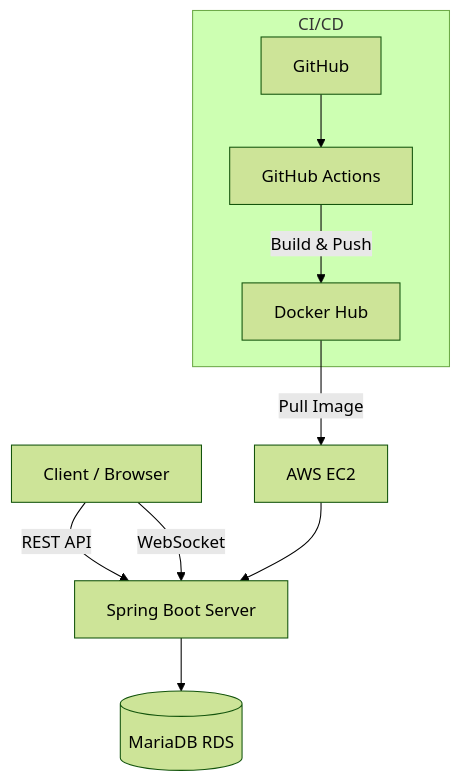
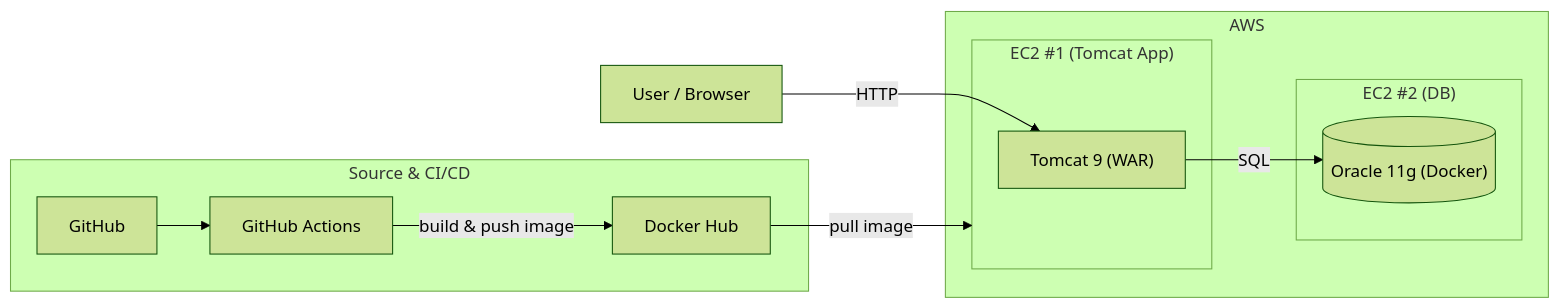
The diagram in README.md (SU-Talk/sutalk-backend), drawn with Mermaid (forest theme) before and after one commit.

````diff
--- a/README.md
+++ b/README.md
@@ -16,21 +16,28 @@
 ```mermaid
-flowchart TD
-    Client[Client / Browser]
-    
-    Client -->|REST API| SpringBoot[Spring Boot Server]
-    Client -->|WebSocket| SpringBoot
+flowchart LR
+  %% Mole PMS Deployment Architecture (clean)
 
-    SpringBoot --> MariaDB[(MariaDB RDS)]
-    
-    subgraph CI/CD
-        GitHub[GitHub]
-        GHA[GitHub Actions]
-        DockerHub[Docker Hub]
+  subgraph SCM["Source & CI/CD"]
+    GH["GitHub"]
+    GHA["GitHub Actions"]
+    DH["Docker Hub"]
+    GH --> GHA -->|build & push image| DH
+  end
+
+  subgraph AWS["AWS"]
+    subgraph EC1["EC2 #1 (Tomcat App)"]
+      APP["Tomcat 9 (WAR)"]
     end
 
-    GitHub --> GHA
-    GHA -->|Build & Push| DockerHub
-    DockerHub -->|Pull Image| EC2[AWS EC2]
-    EC2 --> SpringBoot
+    subgraph EC2["EC2 #2 (DB)"]
+      ORCL[("Oracle 11g (Docker)")]
+    end
+
+    DH -->|pull image| EC1
+    APP -->|SQL| ORCL
+  end
+
+  USER["User / Browser"] -->|HTTP| APP
+
 
 ```
````
